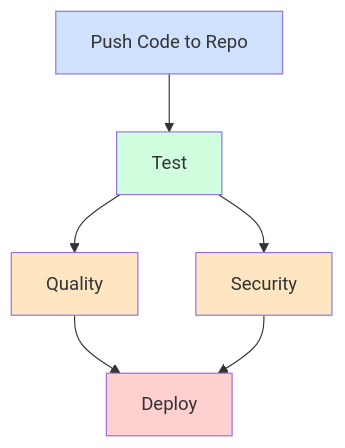
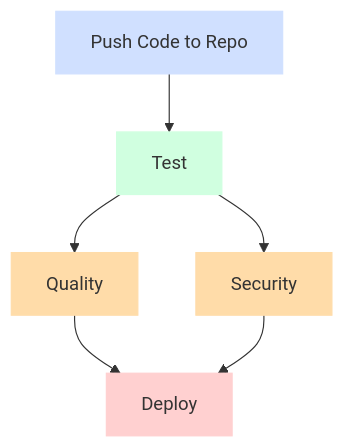
The diagram in README.md (wolkwork/ci-cd-pipeline), drawn with Mermaid before and after one commit.

````diff
--- a/README.md
+++ b/README.md
@@ -16,14 +16,14 @@
 ```mermaid
 flowchart TD
     A[Push Code to Repo] --> B[Test]
     B --> C[Quality]
     B --> D[Security]
     C --> E[Deploy]
     D --> E
 
-    style A fill:#d0e0ff
-    style B fill:#d0ffe0
-    style C fill:#ffe6c2
-    style D fill:#ffe6c2
-    style E fill:#ffd0d0
+    style A fill:#d0e0ff,stroke:#d0e0ff
+    style B fill:#d0ffe0,stroke:#d0ffe0
+    style C fill:#ffdca9,stroke:#ffdca9
+    style D fill:#ffdca9,stroke:#ffdca9
+    style E fill:#ffd0d0,stroke:#ffd0d0
 ```
````
